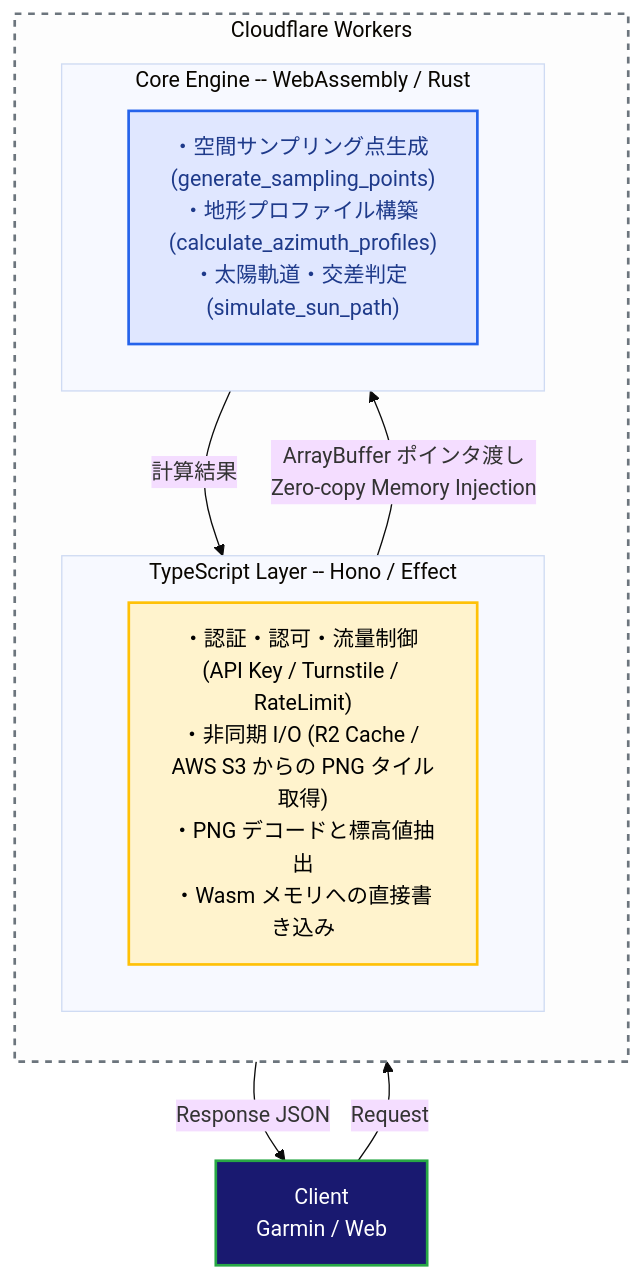
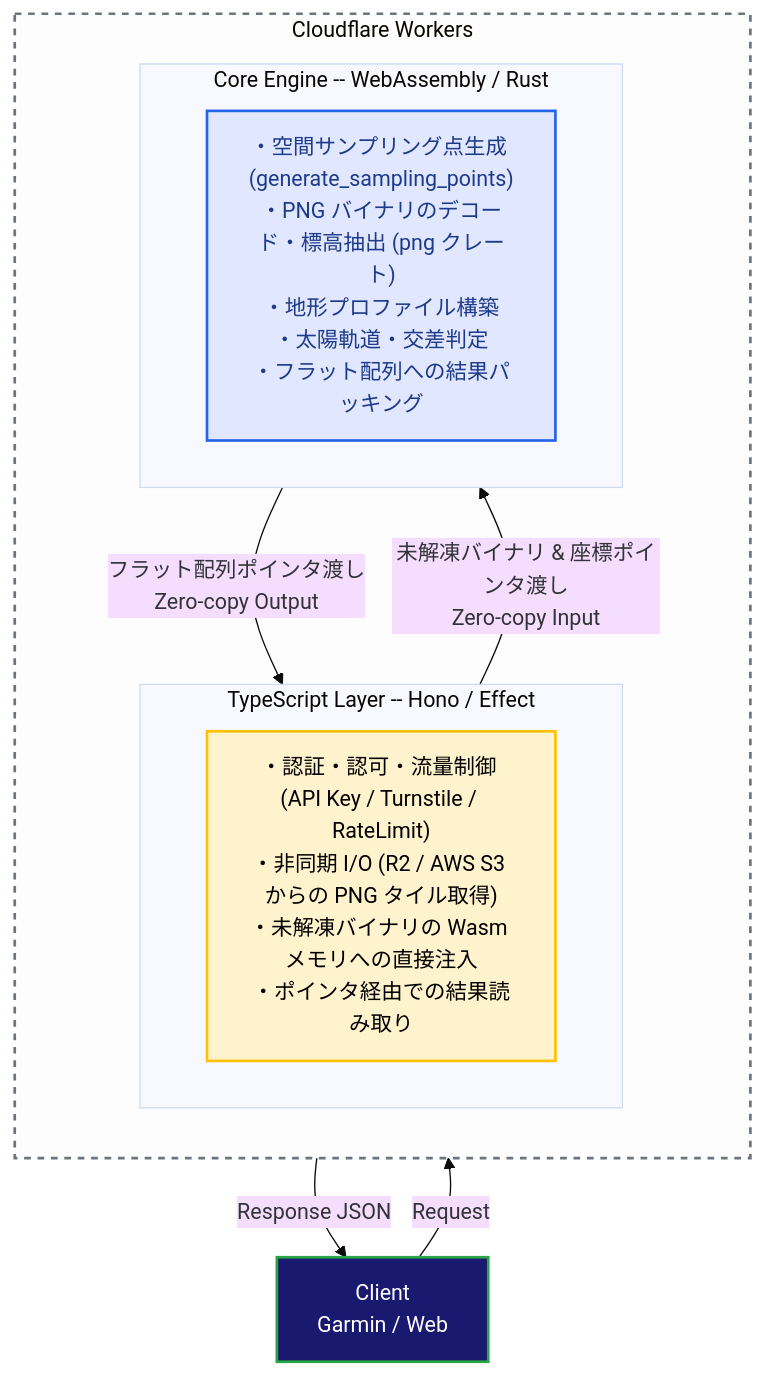
The diagram in docs/adr/003-wasm-core-calculation-engine.jpn.md (tomopumipumi/yamakage), drawn with Mermaid (base theme) before and after one commit. The commit also changed other lines of this file and 7 other files, not shown here.

````diff
--- a/docs/adr/003-wasm-core-calculation-engine.jpn.md
+++ b/docs/adr/003-wasm-core-calculation-engine.jpn.md
@@ -30,31 +32,32 @@
 ```mermaid
 flowchart TB
     classDef client fill:#191970,stroke:#28a745,stroke-width:2px,color:#fff;
     classDef ts fill:#fff3cd,stroke:#ffc107,stroke-width:2px,color:#000;
     classDef wasm fill:#e0e7ff,stroke:#2563eb,stroke-width:2px,color:#1e3a8a;
     classDef worker fill:#fdfdfd,stroke:#6c757d,stroke-width:2px,stroke-dasharray: 5 5;
 
     Client[Client<br/>Garmin / Web]:::client
 
     subgraph Workers [Cloudflare Workers]
         direction TB
 
         subgraph TS [TypeScript Layer -- Hono / Effect]
-            TS_Func["・認証・認可・流量制御 (API Key / Turnstile / RateLimit)<br/>・非同期 I/O (R2 Cache / AWS S3 からの PNG タイル取得)<br/>・PNG デコードと標高値抽出<br/>・Wasm メモリへの直接書き込み"]
+            TS_Func["・認証・認可・流量制御 (API Key / Turnstile / RateLimit)<br/>・非同期 I/O (R2 / AWS S3 からの PNG タイル取得)<br/>・未解凍バイナリの Wasm メモリへの直接注入<br/>・ポインタ経由での結果読み取り"]
         end
 
         subgraph WASM [Core Engine -- WebAssembly / Rust]
-            WASM_Func["・空間サンプリング点生成 (generate_sampling_points)<br/>・地形プロファイル構築 (calculate_azimuth_profiles)<br/>・太陽軌道・交差判定 (simulate_sun_path)"]
+            WASM_Func["・空間サンプリング点生成 (generate_sampling_points)<br/>・PNG バイナリのデコード・標高抽出 (png クレート)<br/>・地形プロファイル構築<br/>・太陽軌道・交差判定<br/>・フラット配列への結果パッキング"]
         end
 
-        TS -->|ArrayBuffer ポインタ渡し<br/>Zero-copy Memory Injection| WASM
-        WASM -->|計算結果| TS
+        TS -->|未解凍バイナリ & 座標ポインタ渡し<br/>Zero-copy Input| WASM
+        WASM -->|フラット配列ポインタ渡し<br/>Zero-copy Output| TS
     end
 
     Client -->|Request| TS
     TS -->|Response JSON| Client
 
     class Workers worker;
     class TS_Func ts;
     class WASM_Func wasm;
+
 ```
````
